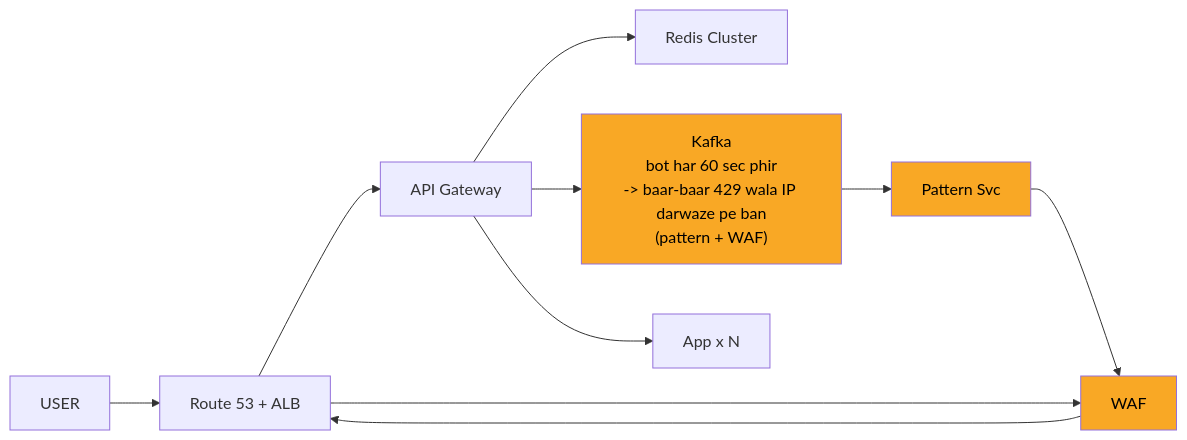
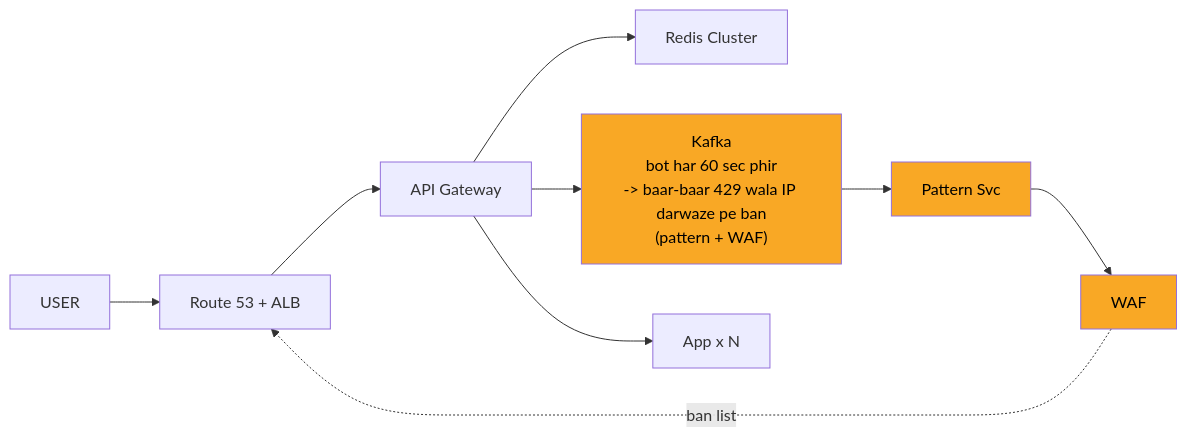
One commit to ArpanMaheshwari144/Prep changed the seventh of 11 diagrams in 04_HLD/SYSTEM_DESIGNS/02_rate_limiter/02_rate_limiter.md. Above: the diagram before and after it, drawn with Mermaid. The commit also changed other lines of this file and 12 other files, not shown here.

````diff
--- a/04_HLD/SYSTEM_DESIGNS/02_rate_limiter/02_rate_limiter.md
+++ b/04_HLD/SYSTEM_DESIGNS/02_rate_limiter/02_rate_limiter.md
@@ -314,23 +314,22 @@
 ```mermaid
 flowchart LR
     n_USER["USER"]
     n_EDGE["Route 53 + ALB"]
     n_API_Gateway["API Gateway"]
     n_Redis_Cluster["Redis Cluster"]
     n_Kafka["Kafka<br/>bot har 60 sec phir<br/>-> baar-baar 429 wala IP darwaze pe ban<br/>(pattern + WAF)"]
     n_Pattern_Svc["Pattern Svc"]
     n_WAF["WAF"]
     n_App_xN["App x N"]
     n_EDGE --> n_API_Gateway
     n_API_Gateway --> n_Redis_Cluster
     n_API_Gateway --> n_App_xN
     n_Kafka --> n_Pattern_Svc
     n_Pattern_Svc --> n_WAF
     n_API_Gateway --> n_Kafka
     n_USER --> n_EDGE
-    n_EDGE --> n_WAF
-    n_WAF --> n_EDGE
+    n_WAF -.->|ban list| n_EDGE
     style n_Kafka fill:#f9a825,color:#000
     style n_Pattern_Svc fill:#f9a825,color:#000
     style n_WAF fill:#f9a825,color:#000
 ```
````
